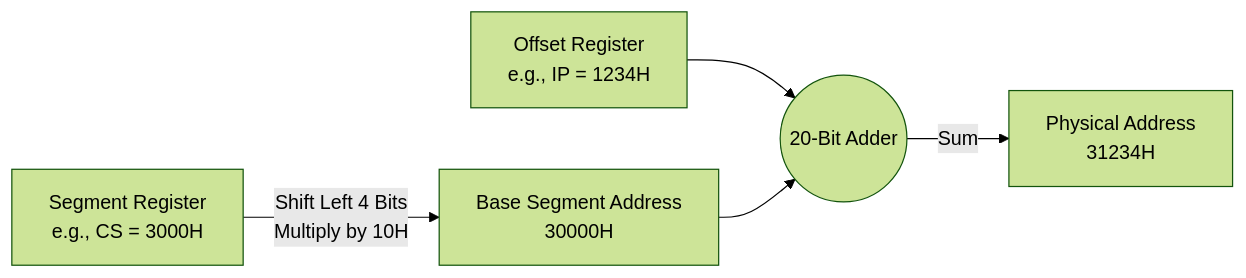
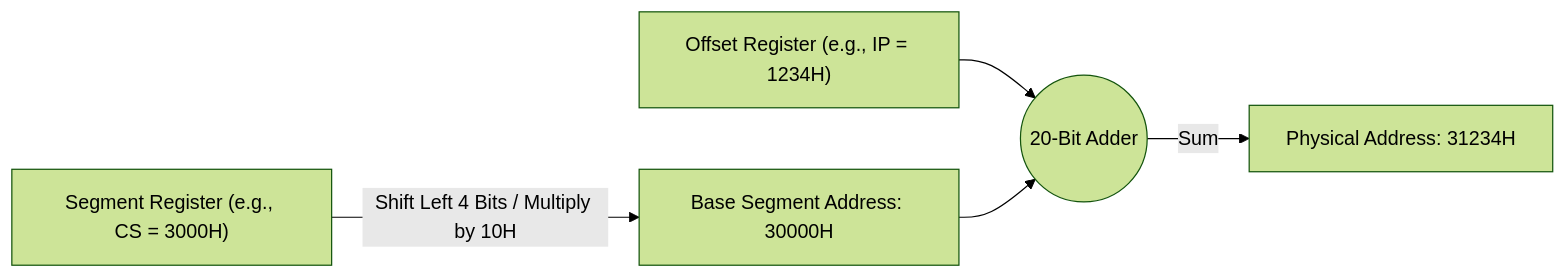
Before and after one commit to DeepLumiere/DeepSkills: the fifth of 6 diagrams in notes/hardware_and_microprocessors/Microprocessors_and_Interfacing_ClassTest.md, drawn with Mermaid (forest theme). The commit also changed other lines of this file and 56 other files, not shown here.

````diff
--- a/notes/hardware_and_microprocessors/Microprocessors_and_Interfacing_ClassTest.md
+++ b/notes/hardware_and_microprocessors/Microprocessors_and_Interfacing_ClassTest.md
@@ -1092,13 +1092,13 @@
 ```mermaid
 
 flowchart LR
 
-    Seg["Segment Register<br>e.g., CS = 3000H"] -->|Shift Left 4 Bits<br>Multiply by 10H| Shift["Base Segment Address<br>30000H"]
+    Seg["Segment Register (e.g., CS = 3000H)"] -->|Shift Left 4 Bits / Multiply by 10H| Shift["Base Segment Address: 30000H"]
 
-    Offset["Offset Register<br>e.g., IP = 1234H"] --> Add
+    Offset["Offset Register (e.g., IP = 1234H)"] --> Add
 
     Shift --> Add((20-Bit Adder))
 
-    Add -->|Sum| PA["Physical Address<br>31234H"]
+    Add -->|Sum| PA["Physical Address: 31234H"]
 
 ```
````
